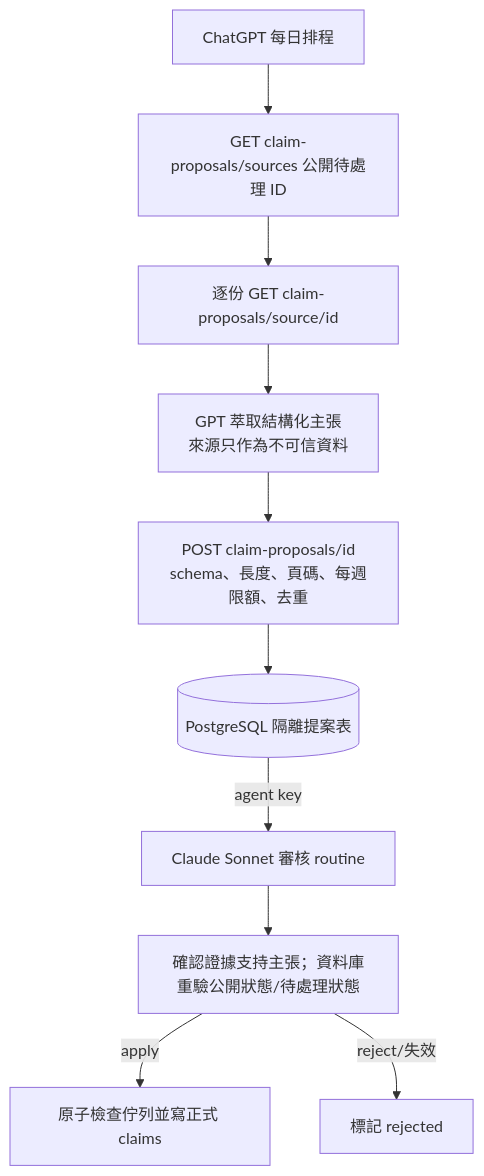
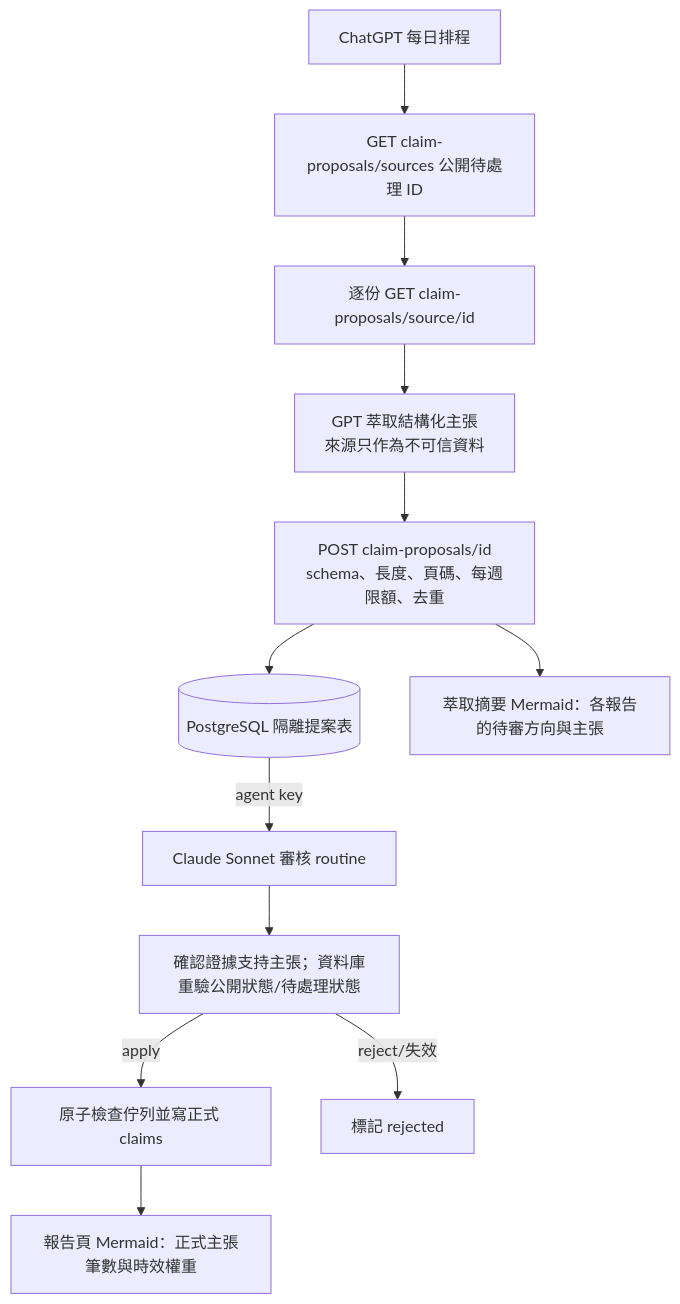
The first of 2 diagrams in docs/GPT_REPORT_CLAIM_EXTRACTION.md (Vinskao/maya-sawa), drawn with Mermaid before and after one commit. The commit also changed other lines of this file, not shown here.

Commit message:
Document Mermaid output for report extraction runs

````diff
--- a/docs/GPT_REPORT_CLAIM_EXTRACTION.md
+++ b/docs/GPT_REPORT_CLAIM_EXTRACTION.md
@@ -5,12 +5,14 @@
 ```mermaid
 flowchart TD
   Cron[ChatGPT 每日排程] --> List[GET claim-proposals/sources 公開待處理 ID]
   List --> One[逐份 GET claim-proposals/source/id]
   One --> GPT[GPT 萃取結構化主張<br/>來源只作為不可信資料]
   GPT --> Validate[POST claim-proposals/id<br/>schema、長度、頁碼、每週限額、去重]
   Validate --> Inbox[(PostgreSQL 隔離提案表)]
   Inbox -->|agent key| Claude[Claude Sonnet 審核 routine]
   Claude --> Verify[確認證據支持主張；資料庫重驗公開狀態/待處理狀態]
   Verify -->|apply| Commit[原子檢查佇列並寫正式 claims]
   Verify -->|reject/失效| End[標記 rejected]
+  Validate --> RunGraph[萃取摘要 Mermaid：各報告的待審方向與主張]
+  Commit --> ReportGraph[報告頁 Mermaid：正式主張筆數與時效權重]
 ```
````
